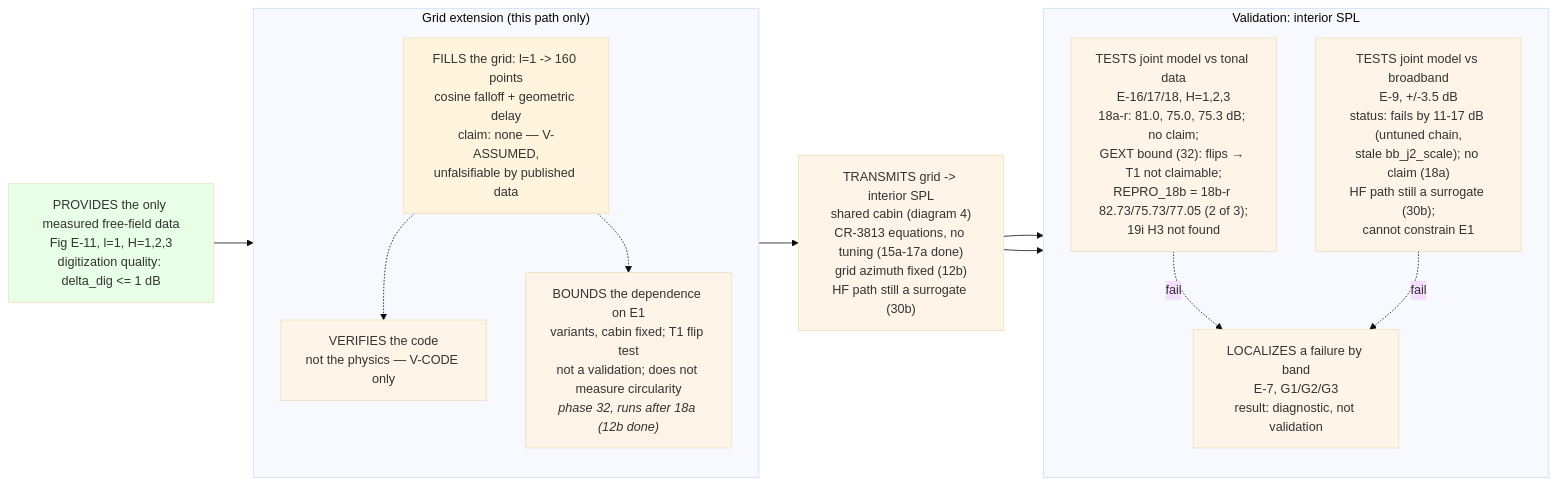
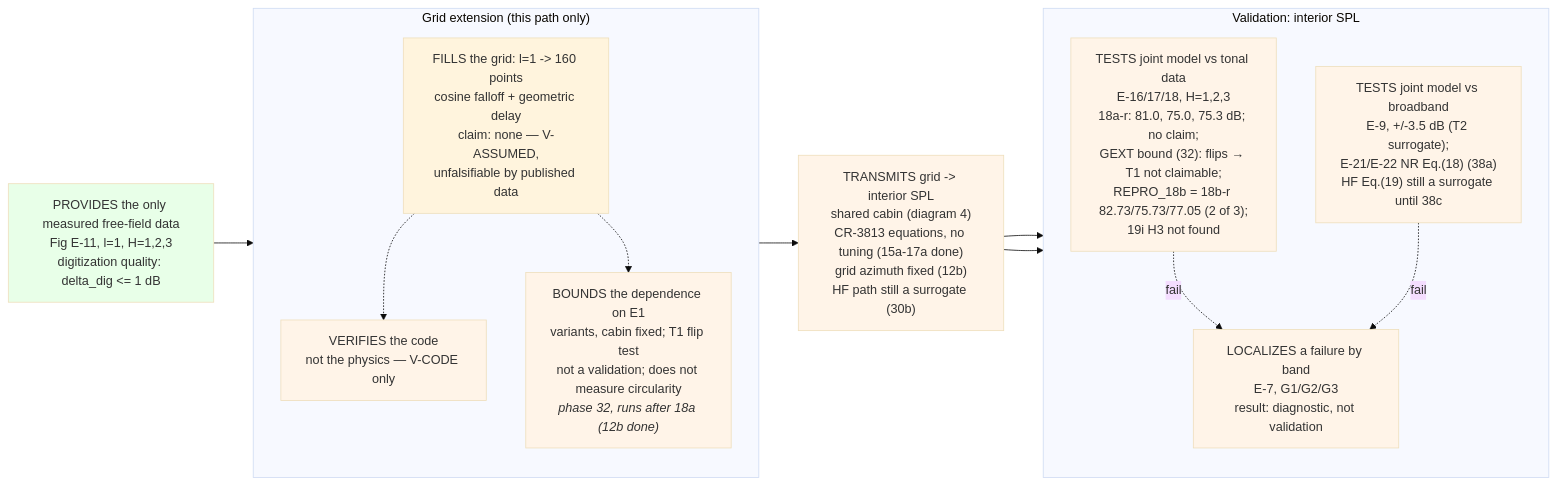
The second of 6 diagrams in rea-work/docs/flowchart.md (hoangf1/PAIN), drawn with Mermaid (base theme) before and after one commit. The commit also changed other lines of this file and 15 other files, not shown here.

````diff
--- a/rea-work/docs/flowchart.md
+++ b/rea-work/docs/flowchart.md
@@ -55,36 +55,36 @@
 ```mermaid
 flowchart LR
     S["PROVIDES the only measured free-field data<br/>Fig E-11, l=1, H=1,2,3<br/>digitization quality: delta_dig <= 1 dB"]
 
     subgraph EXT["Grid extension (this path only)"]
         direction TB
         E1["FILLS the grid: l=1 -> 160 points<br/>cosine falloff + geometric delay<br/>claim: none — V-ASSUMED,<br/>unfalsifiable by published data"]
         E2["VERIFIES the code<br/>not the physics — V-CODE only"]
         E3["BOUNDS the dependence on E1<br/>variants, cabin fixed; T1 flip test<br/>not a validation; does not measure circularity<br/><i>phase 32, runs after 18a (12b done)</i>"]
     end
 
     CAB["TRANSMITS grid -> interior SPL<br/>shared cabin (diagram 4)<br/>CR-3813 equations, no tuning (15a-17a done)<br/>grid azimuth fixed (12b)<br/>HF path still a surrogate (30b)"]
 
     subgraph VAL["Validation: interior SPL"]
         direction TB
         V1["TESTS joint model vs tonal data<br/>E-16/17/18, H=1,2,3<br/>18a-r: 81.0, 75.0, 75.3 dB; no claim;<br/>GEXT bound (32): flips → T1 not claimable;<br/>REPRO_18b = 18b-r 82.73/75.73/77.05 (2 of 3);<br/>19i H3 not found"]
-        V2["TESTS joint model vs broadband<br/>E-9, +/-3.5 dB<br/>status: fails by 11-17 dB (untuned chain,<br/>stale bb_j2_scale); no claim (18a)<br/>HF path still a surrogate (30b);<br/>cannot constrain E1"]
+        V2["TESTS joint model vs broadband<br/>E-9, +/-3.5 dB (T2 surrogate);<br/>E-21/E-22 NR Eq.(18) (38a)<br/>HF Eq.(19) still a surrogate until 38c"]
         V3["LOCALIZES a failure by band<br/>E-7, G1/G2/G3<br/>result: diagnostic, not validation"]
     end
 
     S --> E1
     E1 --> CAB
     E1 -.-> E2
     E1 -.-> E3
     CAB --> V1 & V2
     V1 -.->|fail| V3
     V2 -.->|fail| V3
 
     style S fill:#e8ffe8
     style CAB fill:#fff4e8
     style V1 fill:#fff4e8
     style V2 fill:#fff4e8
     style E2 fill:#fff4e8
     style E3 fill:#fff4e8
     style V3 fill:#fff4e8
 ```
````
